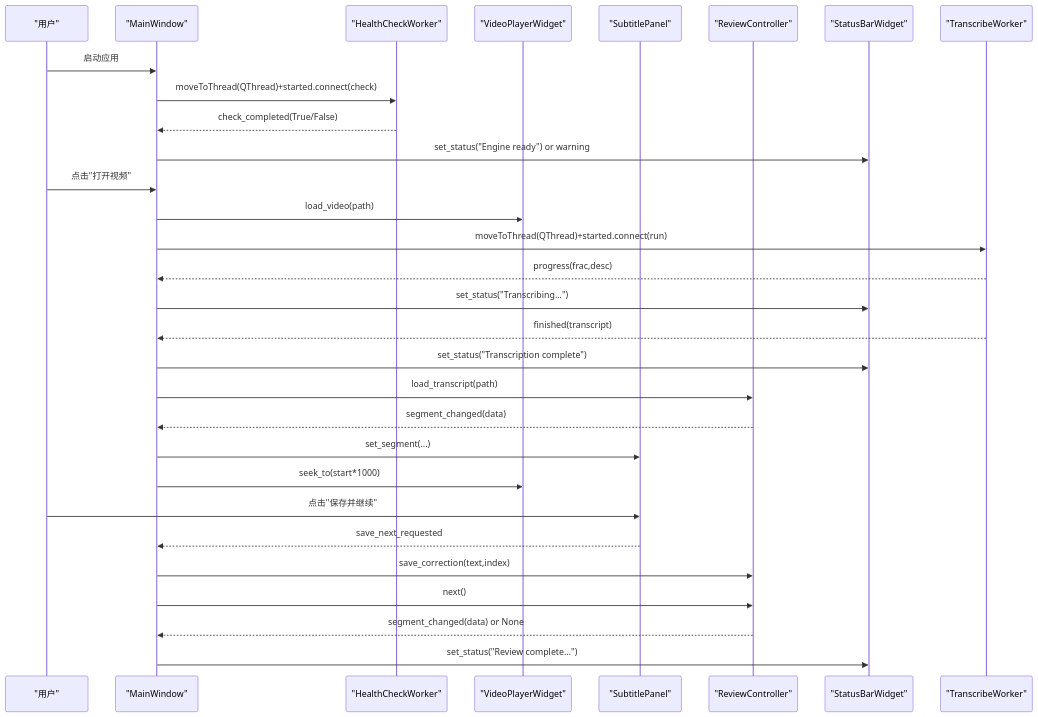
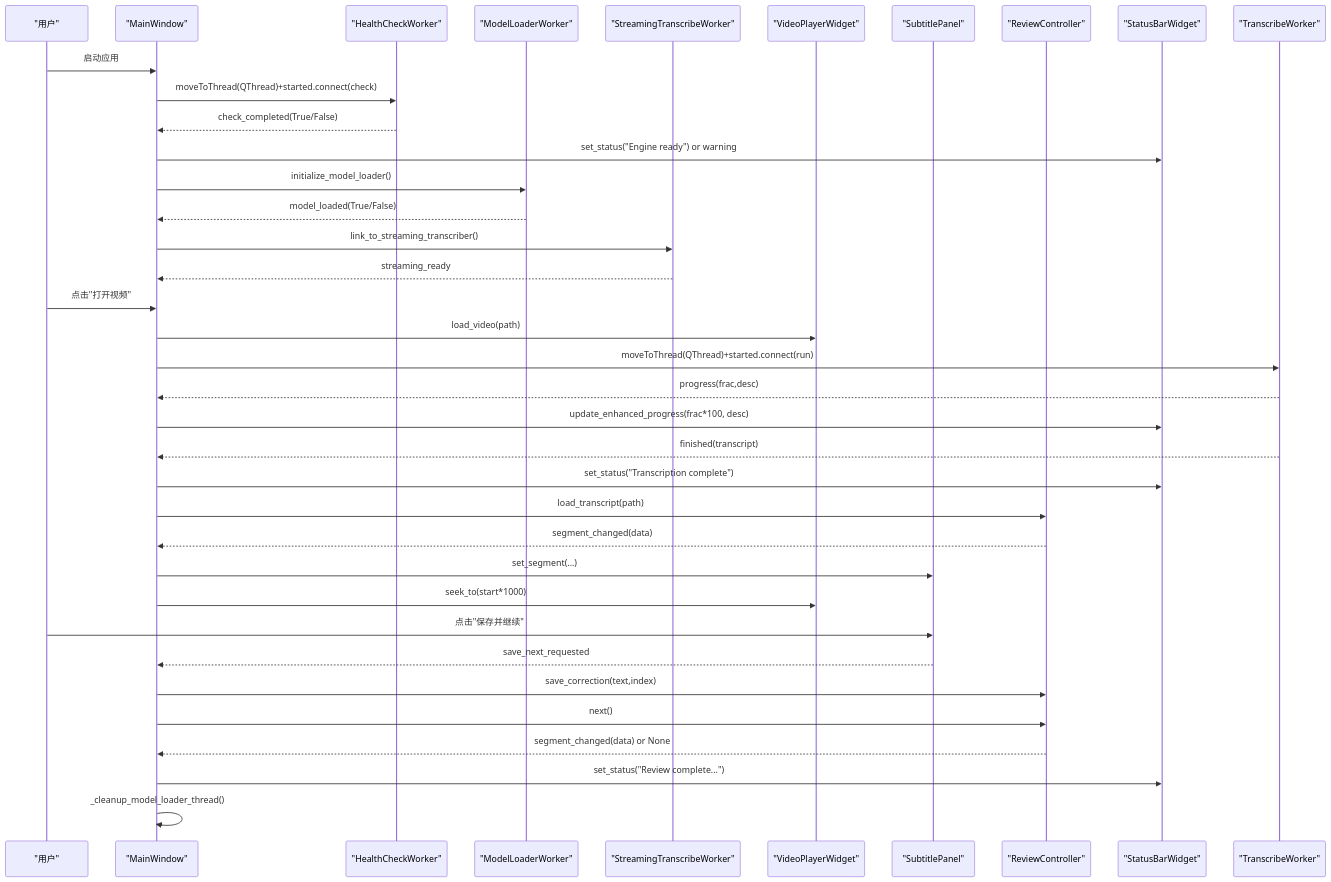
Before and after one commit to boyingliu01/VideoSplitter: the third of 5 diagrams in .qoder/repowiki/zh/content/用户界面/GUI架构设计.md, drawn with Mermaid. The commit also changed other lines of this file and 147 other files, not shown here.

````diff
--- a/.qoder/repowiki/zh/content/用户界面/GUI架构设计.md
+++ b/.qoder/repowiki/zh/content/用户界面/GUI架构设计.md
@@ -222,32 +259,39 @@
 ```mermaid
 sequenceDiagram
 participant U as "用户"
 participant MW as "MainWindow"
 participant HCW as "HealthCheckWorker"
+participant MLW as "ModelLoaderWorker"
+participant STW as "StreamingTranscribeWorker"
 participant VP as "VideoPlayerWidget"
 participant SP as "SubtitlePanel"
 participant RC as "ReviewController"
 participant SB as "StatusBarWidget"
 participant TW as "TranscribeWorker"
 U->>MW : 启动应用
 MW->>HCW : moveToThread(QThread)+started.connect(check)
 HCW-->>MW : check_completed(True/False)
 MW->>SB : set_status("Engine ready") or warning
+MW->>MLW : initialize_model_loader()
+MLW-->>MW : model_loaded(True/False)
+MW->>STW : link_to_streaming_transcriber()
+STW-->>MW : streaming_ready
 U->>MW : 点击"打开视频"
 MW->>VP : load_video(path)
 MW->>TW : moveToThread(QThread)+started.connect(run)
 TW-->>MW : progress(frac,desc)
-MW->>SB : set_status("Transcribing...")
+MW->>SB : update_enhanced_progress(frac*100, desc)
 TW-->>MW : finished(transcript)
 MW->>SB : set_status("Transcription complete")
 MW->>RC : load_transcript(path)
 RC-->>MW : segment_changed(data)
 MW->>SP : set_segment(...)
 MW->>VP : seek_to(start*1000)
 U->>SP : 点击"保存并继续"
 SP-->>MW : save_next_requested
 MW->>RC : save_correction(text,index)
 MW->>RC : next()
 RC-->>MW : segment_changed(data) or None
 MW->>SB : set_status("Review complete...")
+MW->>MW : _cleanup_model_loader_thread()
 ```
````
